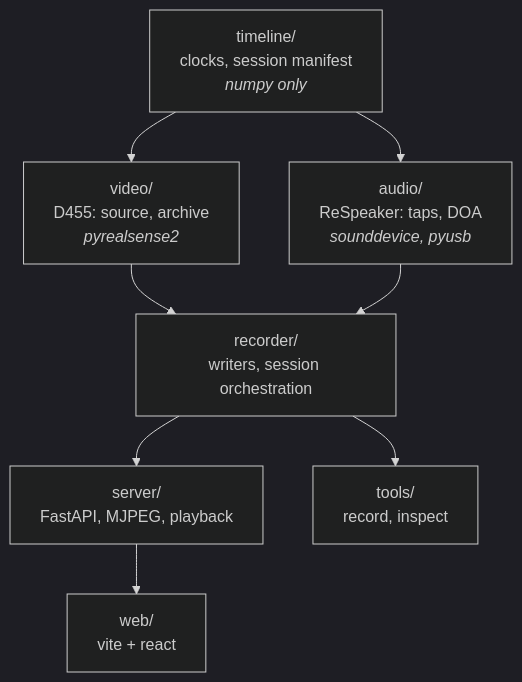
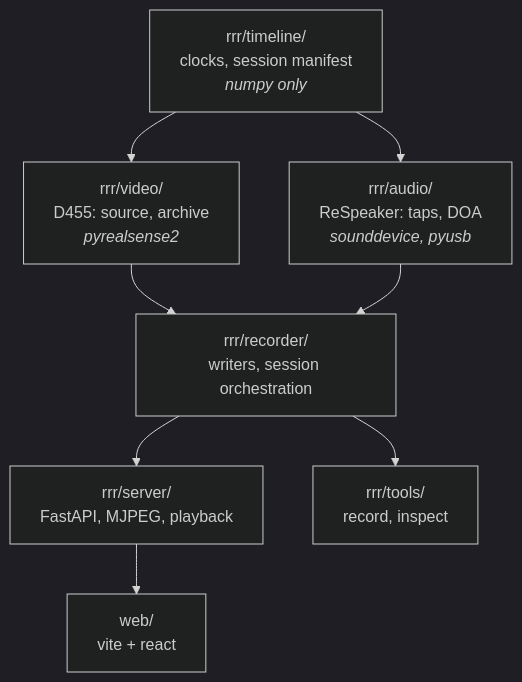
Before and after one commit to tkanek0/rererecorder: the first of 2 diagrams in docs/design.md, drawn with Mermaid (dark theme). The commit also changed other lines of this file and 47 other files, not shown here.

````diff
--- a/docs/design.md
+++ b/docs/design.md
@@ -29,17 +30,17 @@
 ```mermaid
 flowchart TD
-    T["timeline/<br/>clocks, session manifest<br/><i>numpy only</i>"]
-    V["video/<br/>D455: source, archive<br/><i>pyrealsense2</i>"]
-    A["audio/<br/>ReSpeaker: taps, DOA<br/><i>sounddevice, pyusb</i>"]
-    R["recorder/<br/>writers, session orchestration"]
-    S["server/<br/>FastAPI, MJPEG, playback"]
-    C["tools/<br/>record, inspect"]
+    T["rrr/timeline/<br/>clocks, session manifest<br/><i>numpy only</i>"]
+    V["rrr/video/<br/>D455: source, archive<br/><i>pyrealsense2</i>"]
+    A["rrr/audio/<br/>ReSpeaker: taps, DOA<br/><i>sounddevice, pyusb</i>"]
+    R["rrr/recorder/<br/>writers, session orchestration"]
+    S["rrr/server/<br/>FastAPI, MJPEG, playback"]
+    C["rrr/tools/<br/>record, inspect"]
     W["web/<br/>vite + react"]
     T --> V
     T --> A
     V --> R
     A --> R
     R --> S
     R --> C
     S --> W
 ```
````
